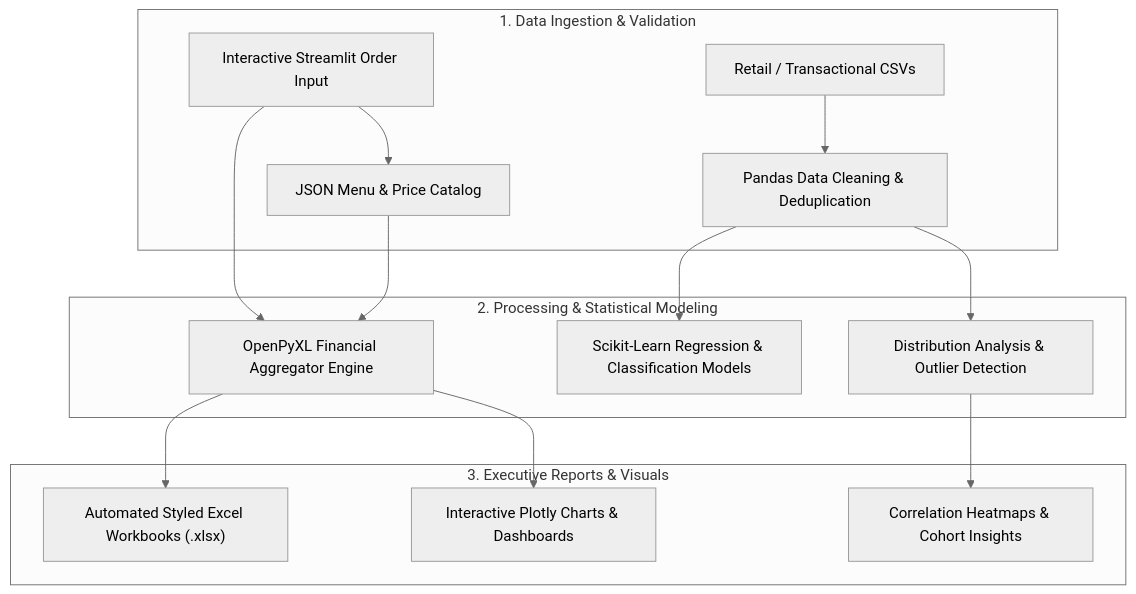
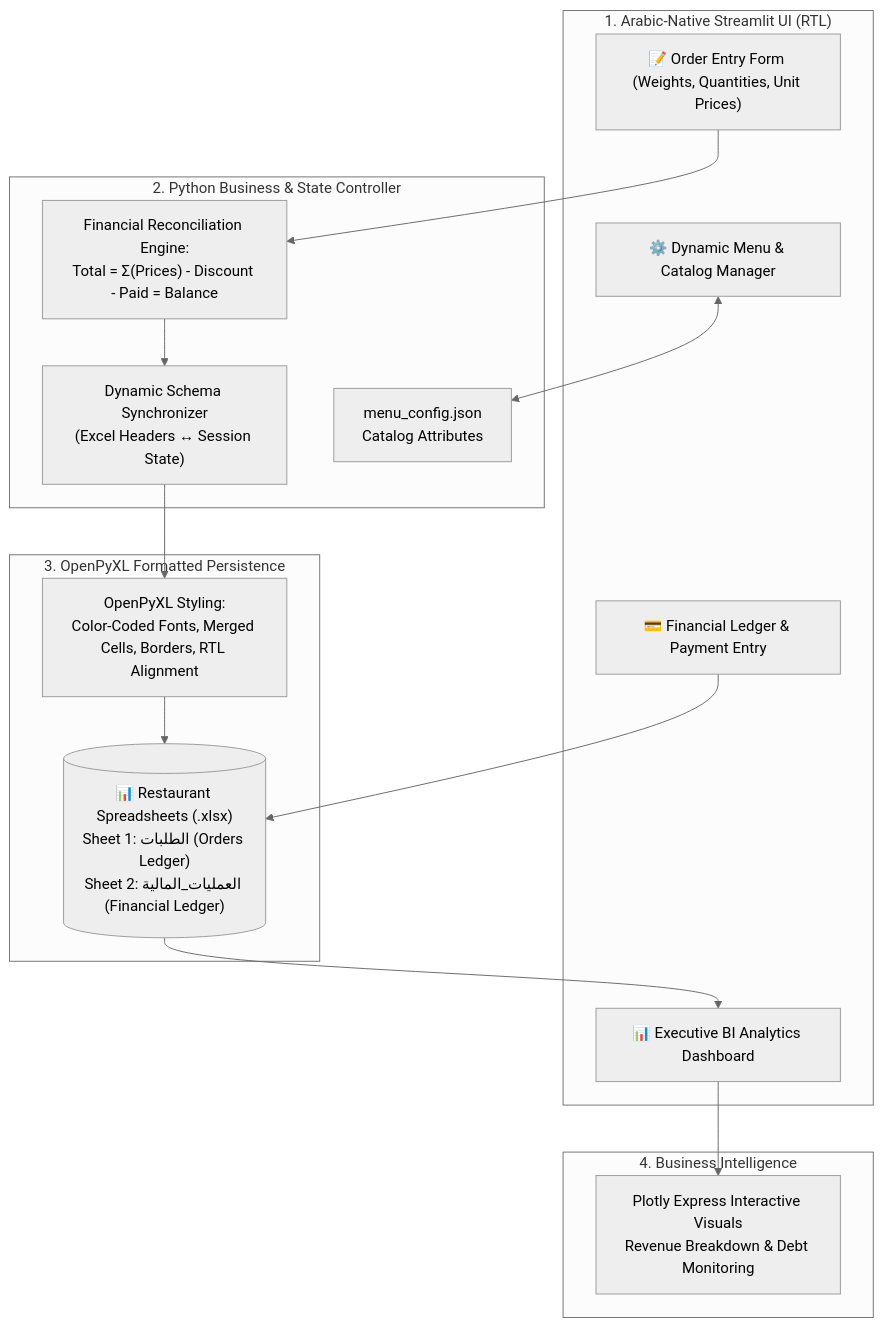
The diagram in README.md (ahmadrashed2589-hue/restaurant-order-system), drawn with Mermaid (neutral theme) before and after one commit. The commit also changed other lines of this file and 1 other file, not shown here.

Commit message:
docs: add comprehensive architecture, features, and setup guide to README.md

````diff
--- a/README.md
+++ b/README.md
@@ -25,19 +31,31 @@
 ```mermaid
 flowchart TD
-    subgraph Data_Ingestion ["1. Data Ingestion & Validation"]
-        CSV["Retail / Transactional CSVs"] --> CLEAN["Pandas Data Cleaning & Deduplication"]
-        STREAM["Interactive Streamlit Order Input"] --> JSON["JSON Menu & Price Catalog"]
+    subgraph Client_Interface ["1. Arabic-Native Streamlit UI (RTL)"]
+        UI_ORDER["📝 Order Entry Form (Weights, Quantities, Unit Prices)"]
+        UI_CATALOG["⚙️ Dynamic Menu & Catalog Manager"]
+        UI_FIN["💳 Financial Ledger & Payment Entry"]
+        UI_DASH["📊 Executive BI Analytics Dashboard"]
     end
 
-    subgraph Analytics_Engine ["2. Processing & Statistical Modeling"]
-        CLEAN --> EDA["Distribution Analysis & Outlier Detection"]
-        CLEAN --> REGRESS["Scikit-Learn Regression & Classification Models"]
-        STREAM & JSON --> AGG["OpenPyXL Financial Aggregator Engine"]
+    subgraph State_Engine ["2. Python Business & State Controller"]
+        CONF["menu_config.json<br/>Catalog Attributes"]
+        CALC["Financial Reconciliation Engine:<br/>Total = Σ(Prices) - Discount - Paid = Balance"]
+        SYNC["Dynamic Schema Synchronizer<br/>(Excel Headers ↔ Session State)"]
     end
 
-    subgraph Reporting ["3. Executive Reports & Visuals"]
-        AGG --> EXCEL["Automated Styled Excel Workbooks (.xlsx)"]
-        AGG --> PLOT["Interactive Plotly Charts & Dashboards"]
-        EDA --> HEAT["Correlation Heatmaps & Cohort Insights"]
+    subgraph Storage_Engine ["3. OpenPyXL Formatted Persistence"]
+        EXCEL[("📊 Restaurant Spreadsheets (.xlsx)<br/>Sheet 1: الطلبات (Orders Ledger)<br/>Sheet 2: العمليات_المالية (Financial Ledger)")]
+        STYLING["OpenPyXL Styling:<br/>Color-Coded Fonts, Merged Cells, Borders, RTL Alignment"]
     end
+
+    subgraph Analytics ["4. Business Intelligence"]
+        PLOT["Plotly Express Interactive Visuals<br/>Revenue Breakdown & Debt Monitoring"]
+    end
+
+    UI_ORDER --> CALC
+    UI_CATALOG <--> CONF
+    CALC --> SYNC
+    SYNC --> STYLING --> EXCEL
+    UI_FIN --> EXCEL
+    EXCEL --> UI_DASH --> PLOT
 ```
````
